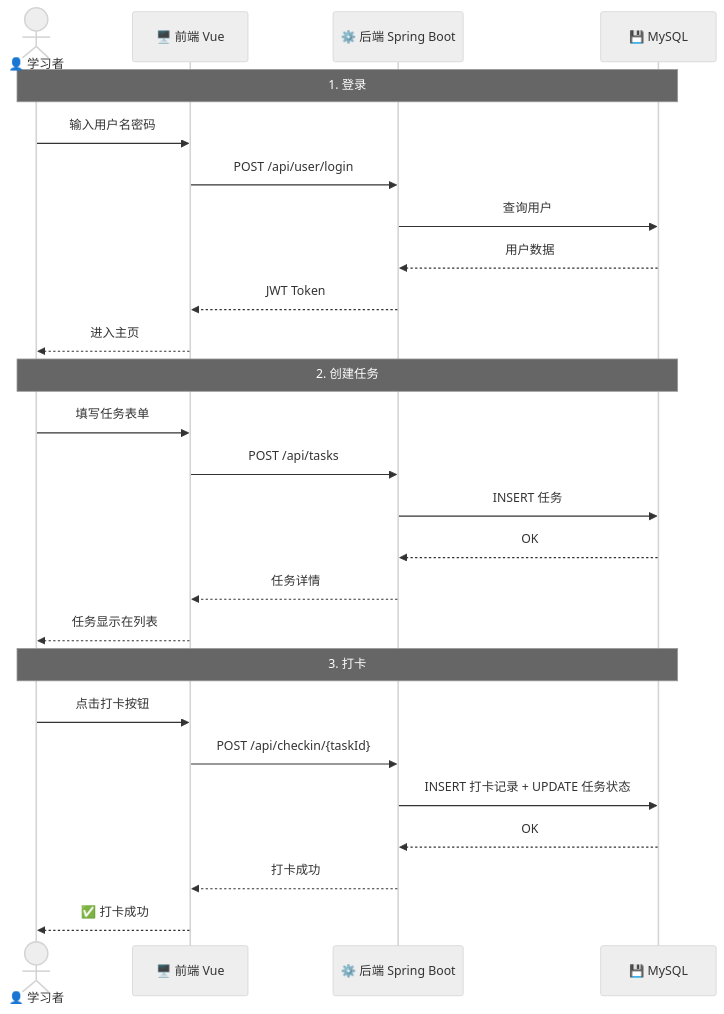
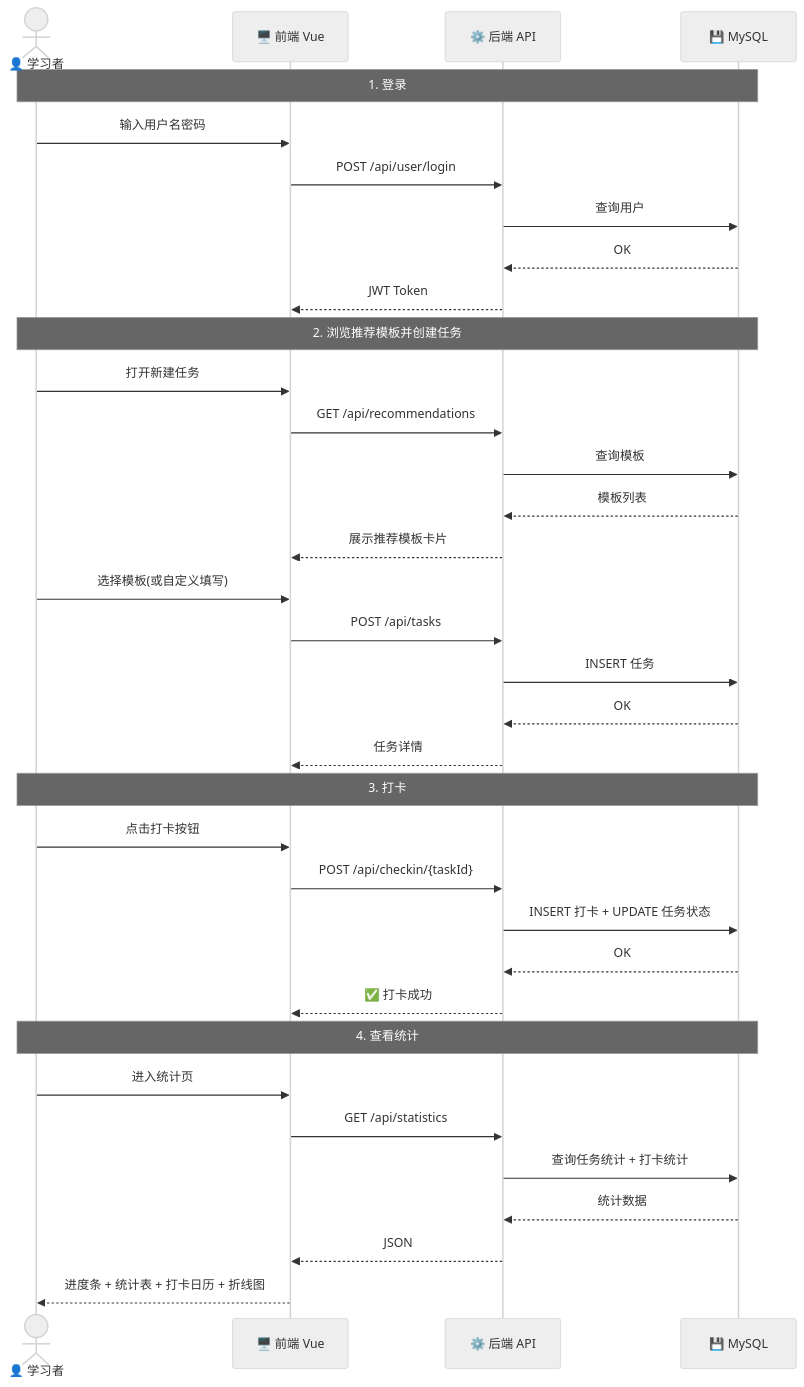
One commit to TonyzzZ666/Study-Agent changed the fifth of 7 diagrams in 需求报告.md. Above: the diagram before and after it, drawn with Mermaid (neutral theme). The commit also changed other lines of this file and 1 other file, not shown here.

Commit message:
v3.2: 加回全部功能点（推荐/提醒/日历/图表），用最简单方式实现

````diff
--- a/需求报告.md
+++ b/需求报告.md
@@ -133,31 +150,41 @@
 ```mermaid
 sequenceDiagram
     actor User as 👤 学习者
     participant FE as 🖥️ 前端 Vue
-    participant BE as ⚙️ 后端 Spring Boot
+    participant BE as ⚙️ 后端 API
     participant DB as 💾 MySQL
 
     Note over User,DB: 1. 登录
     User->>FE: 输入用户名密码
     FE->>BE: POST /api/user/login
     BE->>DB: 查询用户
-    DB-->>BE: 用户数据
+    DB-->>BE: OK
     BE-->>FE: JWT Token
-    FE-->>User: 进入主页
 
-    Note over User,DB: 2. 创建任务
-    User->>FE: 填写任务表单
+    Note over User,DB: 2. 浏览推荐模板并创建任务
+    User->>FE: 打开新建任务
+    FE->>BE: GET /api/recommendations
+    BE->>DB: 查询模板
+    DB-->>BE: 模板列表
+    BE-->>FE: 展示推荐模板卡片
+    User->>FE: 选择模板(或自定义填写)
     FE->>BE: POST /api/tasks
     BE->>DB: INSERT 任务
     DB-->>BE: OK
     BE-->>FE: 任务详情
-    FE-->>User: 任务显示在列表
 
     Note over User,DB: 3. 打卡
     User->>FE: 点击打卡按钮
     FE->>BE: POST /api/checkin/{taskId}
-    BE->>DB: INSERT 打卡记录 + UPDATE 任务状态
+    BE->>DB: INSERT 打卡 + UPDATE 任务状态
     DB-->>BE: OK
-    BE-->>FE: 打卡成功
-    FE-->>User: ✅ 打卡成功
+    BE-->>FE: ✅ 打卡成功
+
+    Note over User,DB: 4. 查看统计
+    User->>FE: 进入统计页
+    FE->>BE: GET /api/statistics
+    BE->>DB: 查询任务统计 + 打卡统计
+    DB-->>BE: 统计数据
+    BE-->>FE: JSON
+    FE-->>User: 进度条 + 统计表 + 打卡日历 + 折线图
 ```
````
